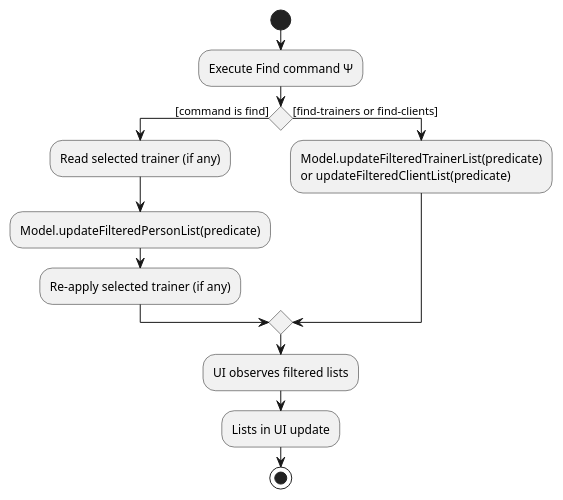
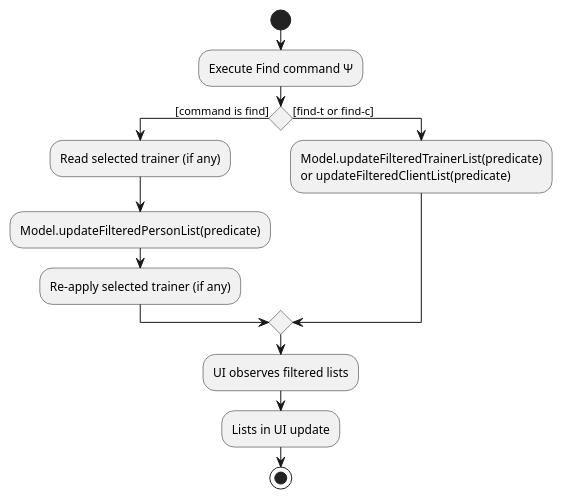
The diagram in docs/diagrams/find/FindFeatureActivityDiagram-Execute.puml (AY2526S2-CS2103T-T17-1/tp), drawn with PlantUML before and after one commit. The commit also changed 6 other files, not shown here.

```diff
--- a/docs/diagrams/find/FindFeatureActivityDiagram-Execute.puml
+++ b/docs/diagrams/find/FindFeatureActivityDiagram-Execute.puml
@@ -1,15 +1,15 @@
 @startuml
 start
 :Execute Find command Ψ;
 if () then ([command is find])
   :Read selected trainer (if any);
   :Model.updateFilteredPersonList(predicate);
   :Re-apply selected trainer (if any);
-else ([find-trainers or find-clients])
+else ([find-t or find-c])
   :Model.updateFilteredTrainerList(predicate)
   or updateFilteredClientList(predicate);
 endif
 :UI observes filtered lists;
 :Lists in UI update;
 stop
 @enduml
```
